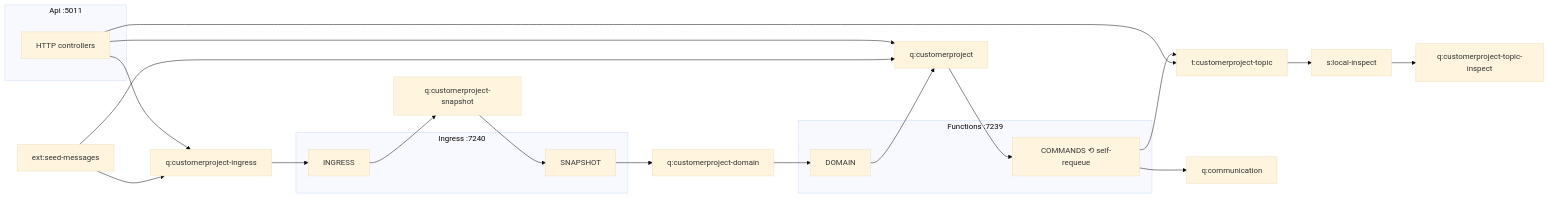
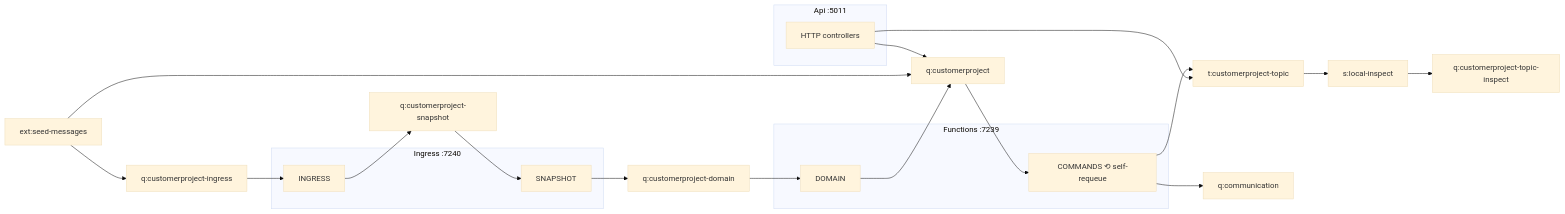
One commit to bjor2/dsp-dev-overview-api changed the second of 2 diagrams in architecture/ADDENDA-008-flow-handler-nodes-containers.md. Above: the diagram before and after it, drawn with Mermaid (base theme). The commit also changed other lines of this file and 8 other files, not shown here.

First line of the commit message:
Flow: containers[].appIds (+ deprecated appId alias); sync ADDENDA-010 v1.2.2 registrations/schema

````diff
--- a/architecture/ADDENDA-008-flow-handler-nodes-containers.md
+++ b/architecture/ADDENDA-008-flow-handler-nodes-containers.md
@@ -172,18 +173,18 @@
 ```mermaid
 flowchart LR
   QI[q:customerproject-ingress]; QS[q:customerproject-snapshot]; QD[q:customerproject-domain]; QC[q:customerproject]; T[t:customerproject-topic]; QM[q:communication]
   subgraph container:customerproject.ingress-app [Ingress :7240]
     ING[INGRESS]; SNAP[SNAPSHOT]
   end
   subgraph container:customerproject.func-app [Functions :7239]
     DOM[DOMAIN]; CMD["COMMANDS ⟲ self-requeue"]
   end
   subgraph container:customerproject.api [Api :5011]
     HTTP[HTTP controllers]
   end
   SEED[ext:seed-messages]-->QI; SEED-->QC
   QI-->ING-->QS-->SNAP-->QD-->DOM-->QC-->CMD
-  HTTP-->QC; HTTP-->QI; HTTP-->T
+  HTTP-->QC; HTTP-->T
   CMD-->T; CMD-->QM
   T-->SUB[s:local-inspect]-->QTI[q:customerproject-topic-inspect]
 ```
````
